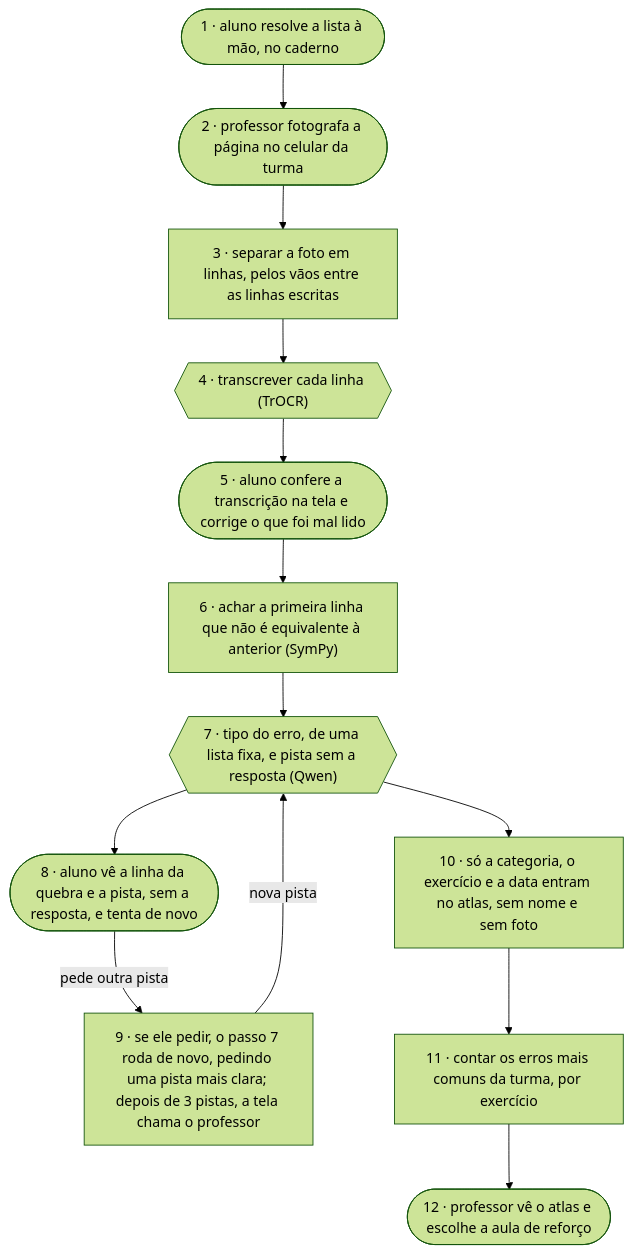
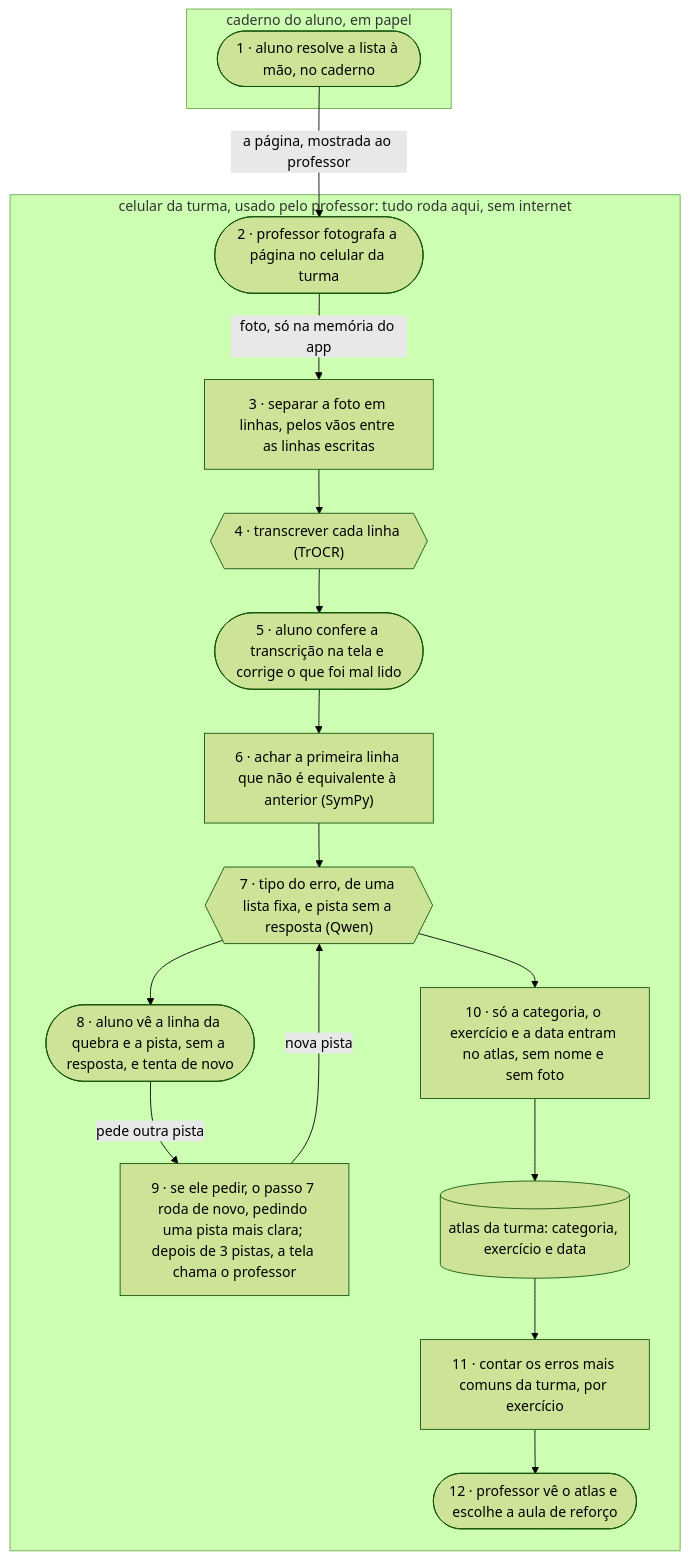
Before and after one commit to andrezacfalcao/project-ai4good: the diagram in flx/arquitetura.md, drawn with Mermaid (forest theme). The commit also changed other lines of this file and 1 other file, not shown here.

Commit message:
flx: arquitetura com o Qwen no celular da turma, custos e dados
Acrescenta ao diagrama as caixas do caderno e do celular da turma, com
o notebook da escola como plano B. Coloca o Qwen como peca do tipo do
erro e da pista, com tokens e tempo medidos, custo local e na nuvem, e
a regra com lista do professor como alternativa nao escolhida.

````diff
--- a/flx/arquitetura.md
+++ b/flx/arquitetura.md
@@ -9,20 +9,28 @@
 ```mermaid
 flowchart TD
-    A(["1 · aluno resolve a lista à mão, no caderno"])
-    B(["2 · professor fotografa a página no celular da turma"])
-    C["3 · separar a foto em linhas, pelos vãos entre as linhas escritas"]
-    D{{"4 · transcrever cada linha (TrOCR)"}}
-    E(["5 · aluno confere a transcrição na tela e corrige o que foi mal lido"])
-    F["6 · achar a primeira linha que não é equivalente à anterior (SymPy)"]
-    G{{"7 · tipo do erro, de uma lista fixa, e pista sem a resposta (Qwen)"}}
-    I(["8 · aluno vê a linha da quebra e a pista, sem a resposta, e tenta de novo"])
-    J["9 · se ele pedir, o passo 7 roda de novo, pedindo uma pista mais clara; depois de 3 pistas, a tela chama o professor"]
-    K["10 · só a categoria, o exercício e a data entram no atlas, sem nome e sem foto"]
-    L["11 · contar os erros mais comuns da turma, por exercício"]
-    M(["12 · professor vê o atlas e escolhe a aula de reforço"])
+    subgraph PAPEL["caderno do aluno, em papel"]
+        A(["1 · aluno resolve a lista à mão, no caderno"])
+    end
 
-    A --> B --> C --> D --> E --> F --> G --> I
+    subgraph CEL["celular da turma, usado pelo professor: tudo roda aqui, sem internet"]
+        B(["2 · professor fotografa a página no celular da turma"])
+        C["3 · separar a foto em linhas, pelos vãos entre as linhas escritas"]
+        D{{"4 · transcrever cada linha (TrOCR)"}}
+        E(["5 · aluno confere a transcrição na tela e corrige o que foi mal lido"])
+        F["6 · achar a primeira linha que não é equivalente à anterior (SymPy)"]
+        G{{"7 · tipo do erro, de uma lista fixa, e pista sem a resposta (Qwen)"}}
+        I(["8 · aluno vê a linha da quebra e a pista, sem a resposta, e tenta de novo"])
+        J["9 · se ele pedir, o passo 7 roda de novo, pedindo uma pista mais clara; depois de 3 pistas, a tela chama o professor"]
+        K["10 · só a categoria, o exercício e a data entram no atlas, sem nome e sem foto"]
+        DB[("atlas da turma: categoria, exercício e data")]
+        L["11 · contar os erros mais comuns da turma, por exercício"]
+        M(["12 · professor vê o atlas e escolhe a aula de reforço"])
+    end
+
+    A -- "a página, mostrada ao professor" --> B
+    B -- "foto, só na memória do app" --> C
+    C --> D --> E --> F --> G --> I
     I -- "pede outra pista" --> J
     J -- "nova pista" --> G
-    G --> K --> L --> M
+    G --> K --> DB --> L --> M
 ```
````
